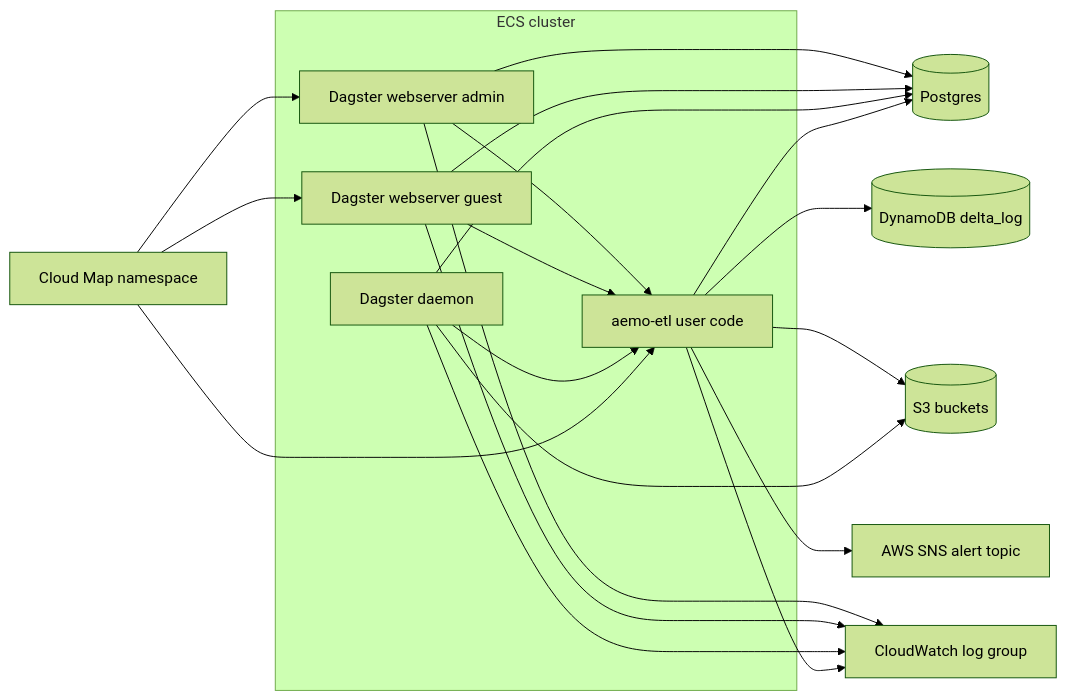
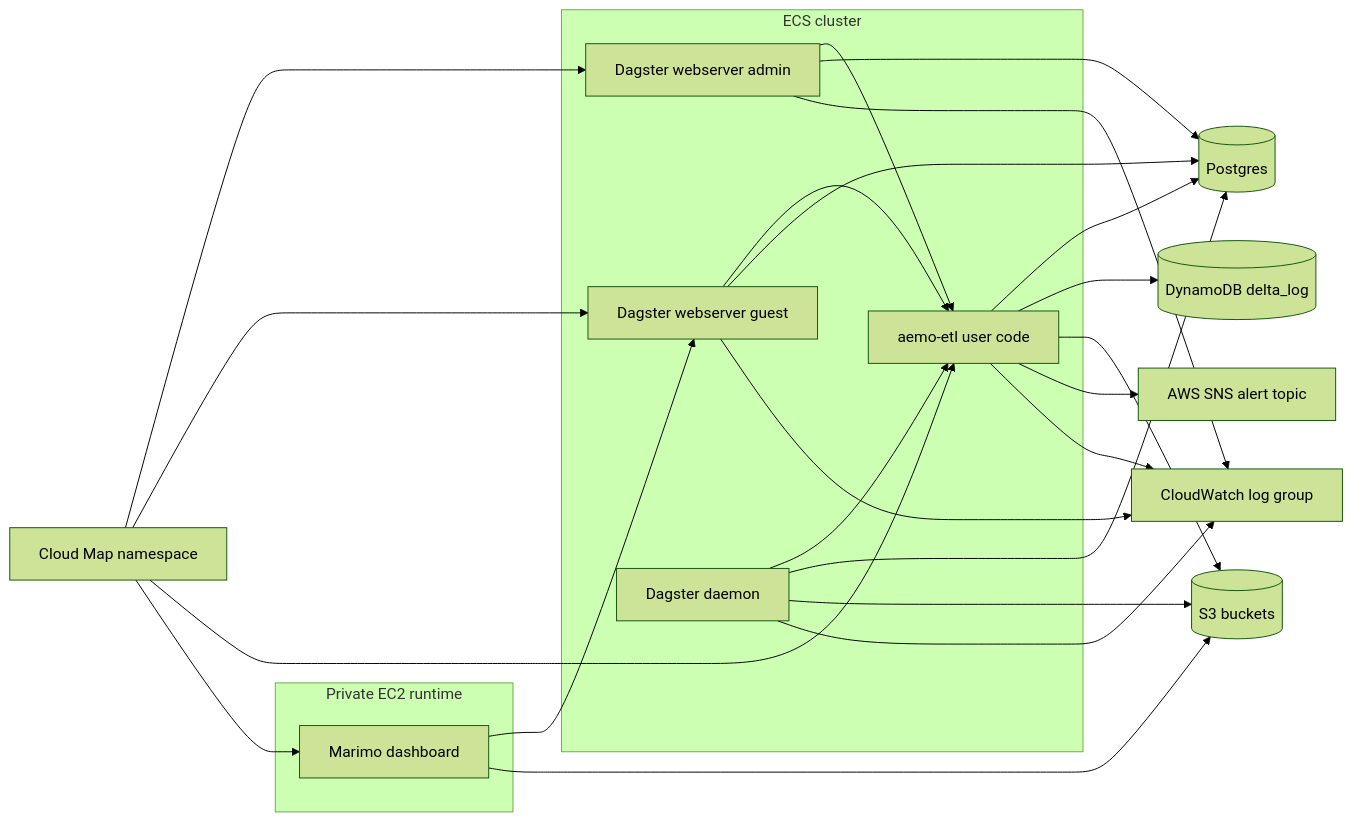
One commit to Chr1sC0de/energy-market-delta-lake changed the second of 2 diagrams in infrastructure/aws-pulumi/docs/runtime.md. Above: the diagram before and after it, drawn with Mermaid (forest theme). The commit also changed other lines of this file and 44 other files, not shown here.

Commit message:
Deploy Marimo dashboard on AWS

````diff
--- a/infrastructure/aws-pulumi/docs/runtime.md
+++ b/infrastructure/aws-pulumi/docs/runtime.md
@@ -88,35 +95,42 @@
 ```mermaid
 flowchart LR
     subgraph Cluster[ECS cluster]
         WEBADMIN[Dagster webserver admin]
         WEBGUEST[Dagster webserver guest]
         DAEMON[Dagster daemon]
         UCODE[aemo-etl user code]
+    end
+
+    subgraph PrivateEc2[Private EC2 runtime]
+        MARIMO[Marimo dashboard]
     end
 
     LOGS[CloudWatch log group]
     PG[(Postgres)]
     DDB[(DynamoDB delta_log)]
     S3[(S3 buckets)]
     SNS[AWS SNS alert topic]
     CM[Cloud Map namespace]
 
     WEBADMIN --> UCODE
     WEBGUEST --> UCODE
+    MARIMO --> WEBGUEST
     DAEMON --> UCODE
     WEBADMIN --> PG
     WEBGUEST --> PG
     DAEMON --> PG
     UCODE --> PG
     UCODE --> DDB
     UCODE --> S3
     UCODE --> SNS
     DAEMON --> S3
+    MARIMO --> S3
     CM --> WEBADMIN
     CM --> WEBGUEST
     CM --> UCODE
+    CM --> MARIMO
     WEBADMIN --> LOGS
     WEBGUEST --> LOGS
     DAEMON --> LOGS
     UCODE --> LOGS
 ```
````
